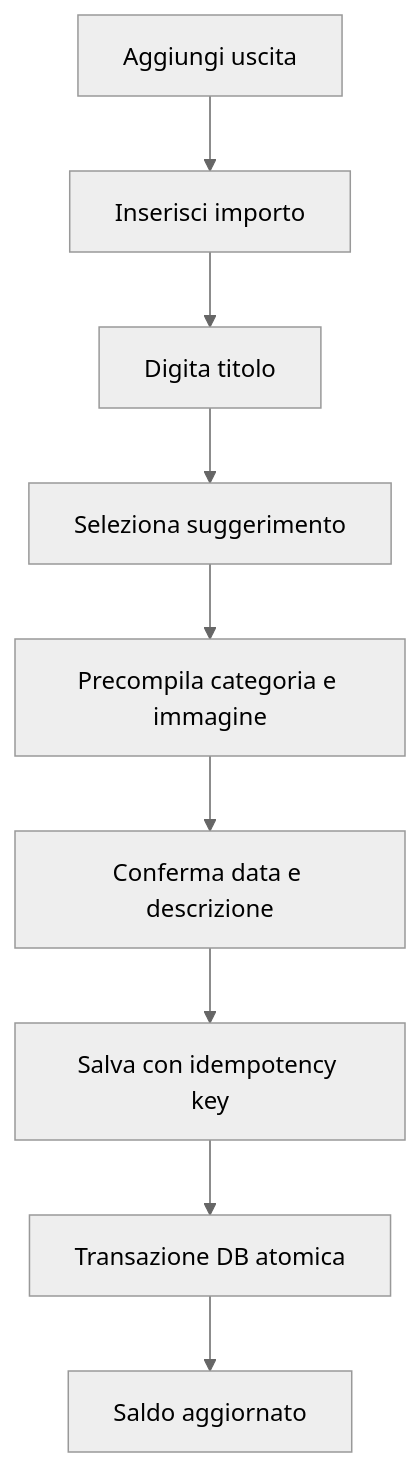
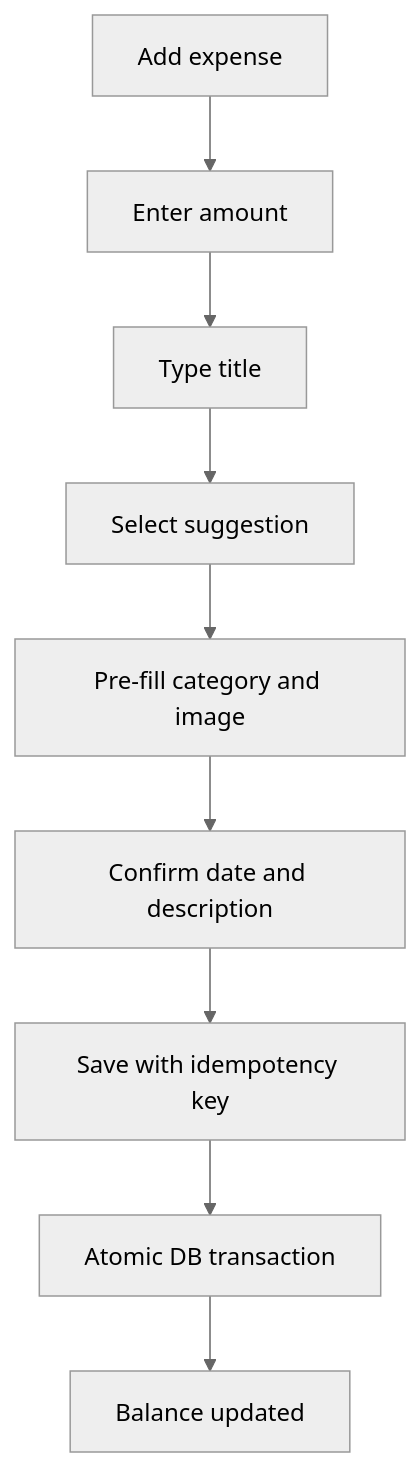
The third of 4 diagrams in plan.md (Dokjolly0/FinancialManager), drawn with Mermaid (neutral theme) before and after one commit. The commit also changed other lines of this file and 2 other files, not shown here.

````diff
--- a/plan.md
+++ b/plan.md
@@ -886,11 +886,11 @@
 ```mermaid
 flowchart TD
-    A[Aggiungi uscita] --> B[Inserisci importo]
-    B --> C[Digita titolo]
-    C --> D[Seleziona suggerimento]
-    D --> E[Precompila categoria e immagine]
-    E --> F[Conferma data e descrizione]
-    F --> G[Salva con idempotency key]
-    G --> H[Transazione DB atomica]
-    H --> I[Saldo aggiornato]
+    A[Add expense] --> B[Enter amount]
+    B --> C[Type title]
+    C --> D[Select suggestion]
+    D --> E[Pre-fill category and image]
+    E --> F[Confirm date and description]
+    F --> G[Save with idempotency key]
+    G --> H[Atomic DB transaction]
+    H --> I[Balance updated]
 ```
````
